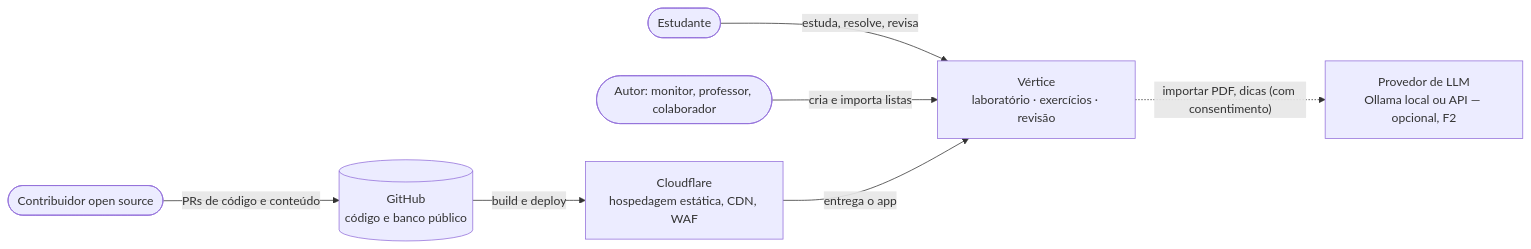
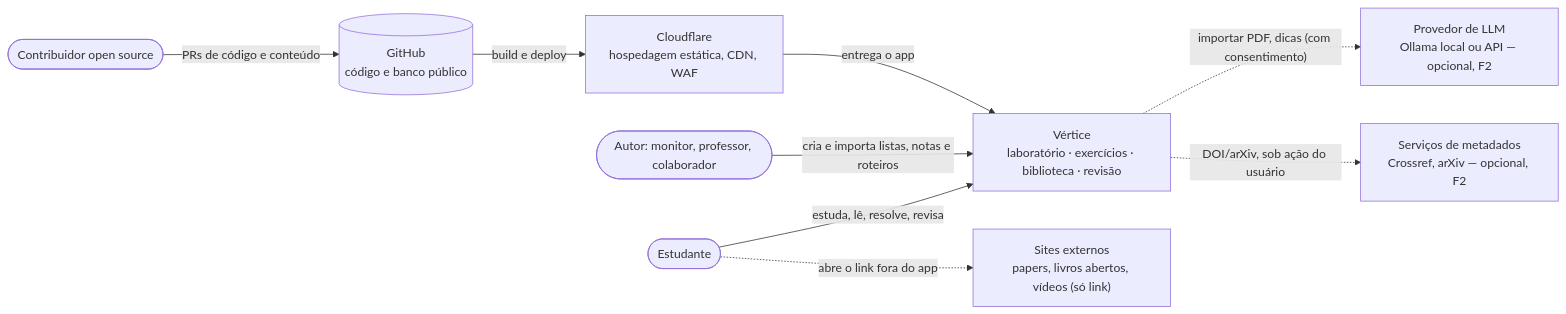
The first of 5 diagrams in docs/03-arquitetura/visao-geral.md (CauaDecoder/bad-at-calculus), drawn with Mermaid before and after one commit. The commit also changed other lines of this file and 49 other files, not shown here.

````diff
--- a/docs/03-arquitetura/visao-geral.md
+++ b/docs/03-arquitetura/visao-geral.md
@@ -17,17 +17,21 @@
 ```mermaid
 flowchart LR
     EST(["Estudante"])
     AUT(["Autor: monitor, professor, colaborador"])
     DEV(["Contribuidor open source"])
-    V["Vértice<br/>laboratório · exercícios · revisão"]
+    V["Vértice<br/>laboratório · exercícios · biblioteca · revisão"]
     GH[("GitHub<br/>código e banco público")]
     LLM["Provedor de LLM<br/>Ollama local ou API — opcional, F2"]
     CF["Cloudflare<br/>hospedagem estática, CDN, WAF"]
+    META["Serviços de metadados<br/>Crossref, arXiv — opcional, F2"]
+    EXT["Sites externos<br/>papers, livros abertos, vídeos (só link)"]
 
-    EST -- "estuda, resolve, revisa" --> V
-    AUT -- "cria e importa listas" --> V
+    EST -- "estuda, lê, resolve, revisa" --> V
+    AUT -- "cria e importa listas, notas e roteiros" --> V
     DEV -- "PRs de código e conteúdo" --> GH
     GH -- "build e deploy" --> CF
     CF -- "entrega o app" --> V
     V -. "importar PDF, dicas (com consentimento)" .-> LLM
+    V -. "DOI/arXiv, sob ação do usuário" .-> META
+    EST -. "abre o link fora do app" .-> EXT
 ```
````
